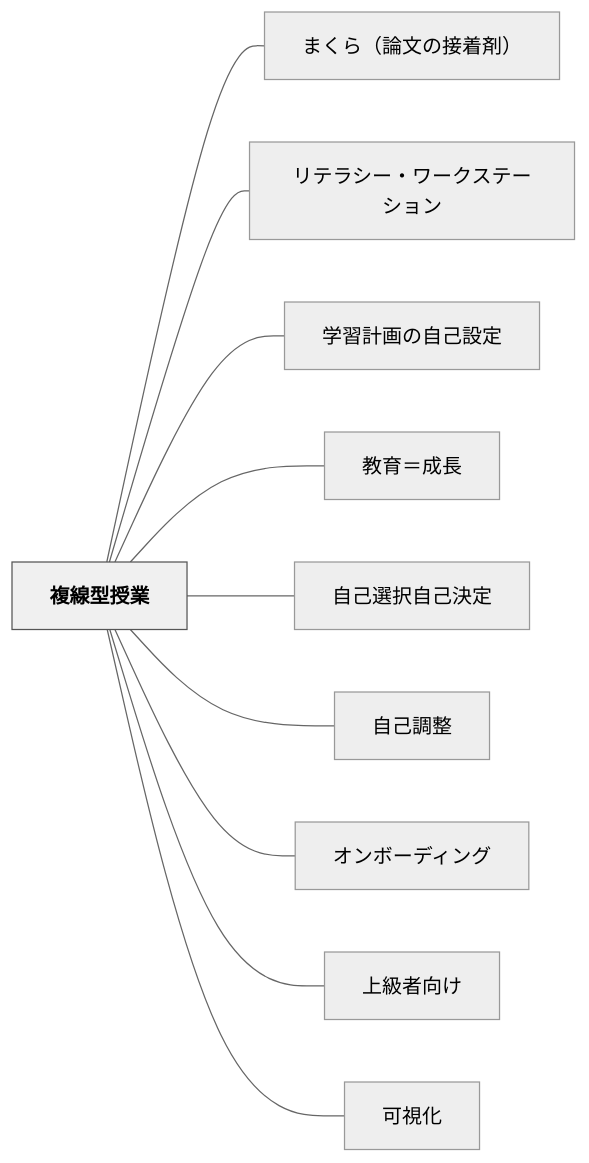
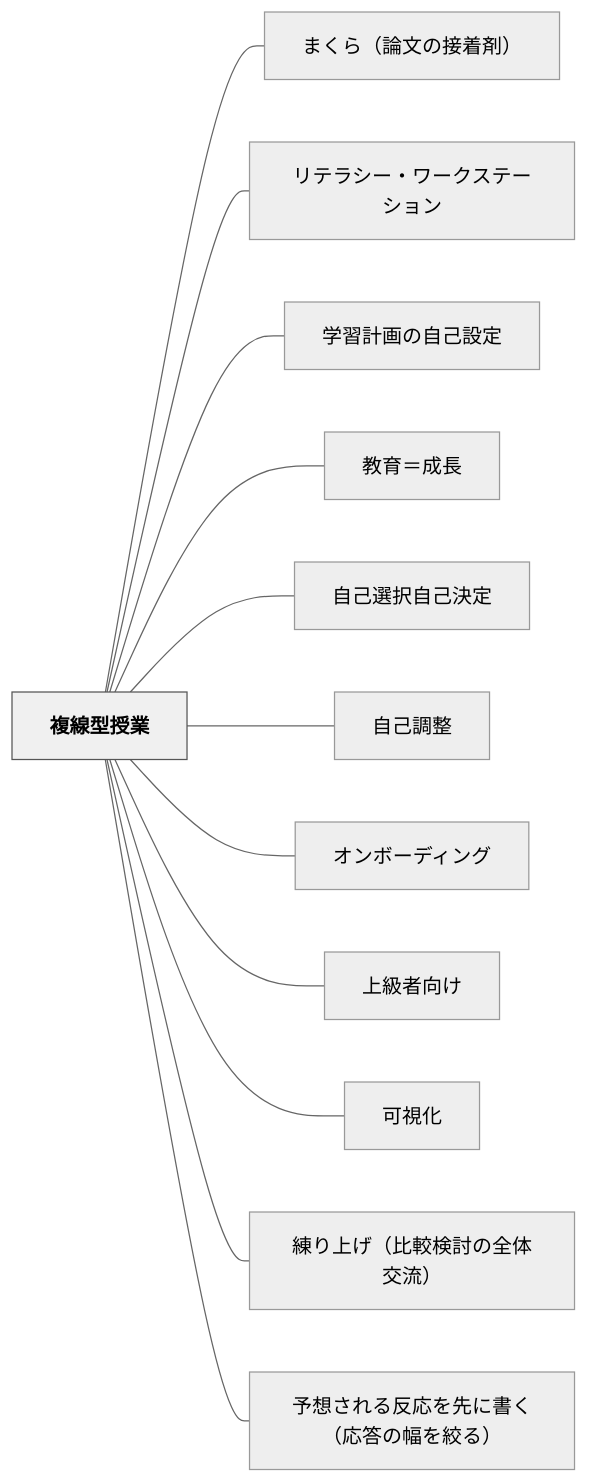
Before and after one commit to unknownthings-ed-patterns/unknownthings-ed-patterns: the diagram in content/パタン/複線型授業.md, drawn with Mermaid (neutral theme). The commit also changed other lines of this file and 21 other files, not shown here.

````diff
--- a/content/パタン/複線型授業.md
+++ b/content/パタン/複線型授業.md
@@ -95,26 +94,30 @@
 ```mermaid
 flowchart LR
     ne8a487e7b79ae59e8be68e88e6a5ad["複線型授業"]
     ne381bee3818fe38289efbc88e8ab96e69687e381aee68ea5e79d80e589a4efbc89["まくら（論文の接着剤）"]
     ne383aae38386e383a9e382b7e383bce383bbe383afe383bce382afe382b9e38386e383bce382b7e383a7e383b3["リテラシー・ワークステーション"]
     ne5ada6e7bf92e8a888e794bbe381aee887aae5b7b1e8a8ade5ae9a["学習計画の自己設定"]
     ne69599e882b2efbc9de68890e995b7["教育＝成長"]
     ne887aae5b7b1e981b8e68a9ee887aae5b7b1e6b1bae5ae9a["自己選択自己決定"]
     ne887aae5b7b1e8aabfe695b4["自己調整"]
     ne382aae383b3e3839ce383bce38387e382a3e383b3e382b0["オンボーディング"]
     ne4b88ae7b49ae88085e59091e38191["上級者向け"]
     ne58fafe8a696e58c96["可視化"]
+    ne7b7b4e3828ae4b88ae38192efbc88e6af94e8bc83e6a49ce8a88ee381aee585a8e4bd93e4baa4e6b581efbc89["練り上げ（比較検討の全体交流）"]
+    ne4ba88e683b3e38195e3828ce3828be58f8de5bf9ce38292e58588e381abe69bb8e3818fefbc88e5bf9ce7ad94e381aee5b985e38292e7b59ee3828befbc89["予想される反応を先に書く（応答の幅を絞る）"]
 
     ne8a487e7b79ae59e8be68e88e6a5ad --- ne381bee3818fe38289efbc88e8ab96e69687e381aee68ea5e79d80e589a4efbc89
     ne8a487e7b79ae59e8be68e88e6a5ad --- ne383aae38386e383a9e382b7e383bce383bbe383afe383bce382afe382b9e38386e383bce382b7e383a7e383b3
     ne8a487e7b79ae59e8be68e88e6a5ad --- ne5ada6e7bf92e8a888e794bbe381aee887aae5b7b1e8a8ade5ae9a
     ne8a487e7b79ae59e8be68e88e6a5ad --- ne69599e882b2efbc9de68890e995b7
     ne8a487e7b79ae59e8be68e88e6a5ad --- ne887aae5b7b1e981b8e68a9ee887aae5b7b1e6b1bae5ae9a
     ne8a487e7b79ae59e8be68e88e6a5ad --- ne887aae5b7b1e8aabfe695b4
     ne8a487e7b79ae59e8be68e88e6a5ad --- ne382aae383b3e3839ce383bce38387e382a3e383b3e382b0
     ne8a487e7b79ae59e8be68e88e6a5ad --- ne4b88ae7b49ae88085e59091e38191
     ne8a487e7b79ae59e8be68e88e6a5ad --- ne58fafe8a696e58c96
+    ne8a487e7b79ae59e8be68e88e6a5ad --- ne7b7b4e3828ae4b88ae38192efbc88e6af94e8bc83e6a49ce8a88ee381aee585a8e4bd93e4baa4e6b581efbc89
+    ne8a487e7b79ae59e8be68e88e6a5ad --- ne4ba88e683b3e38195e3828ce3828be58f8de5bf9ce38292e58588e381abe69bb8e3818fefbc88e5bf9ce7ad94e381aee5b985e38292e7b59ee3828befbc89
 
     classDef hub fill:#f0f0f0,stroke:#555,color:#000,font-weight:bold
     class ne8a487e7b79ae59e8be68e88e6a5ad hub
 ```
````
